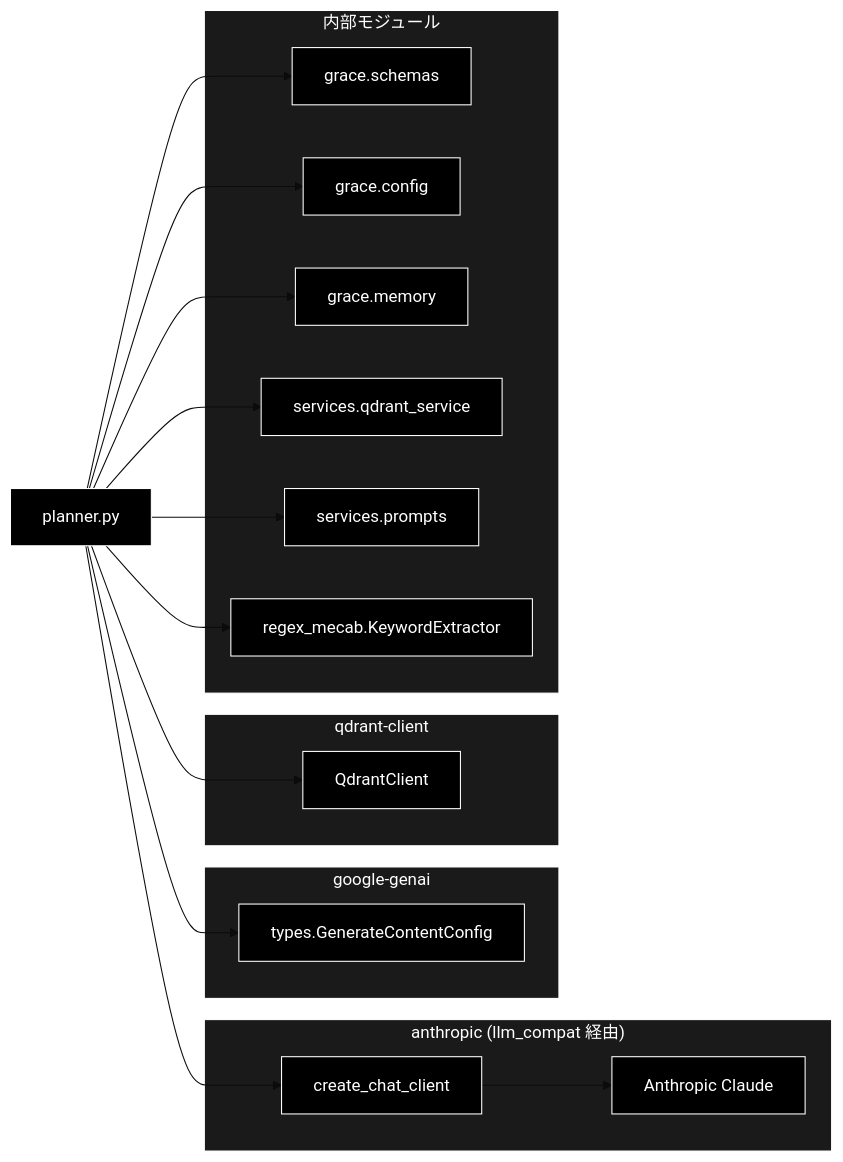
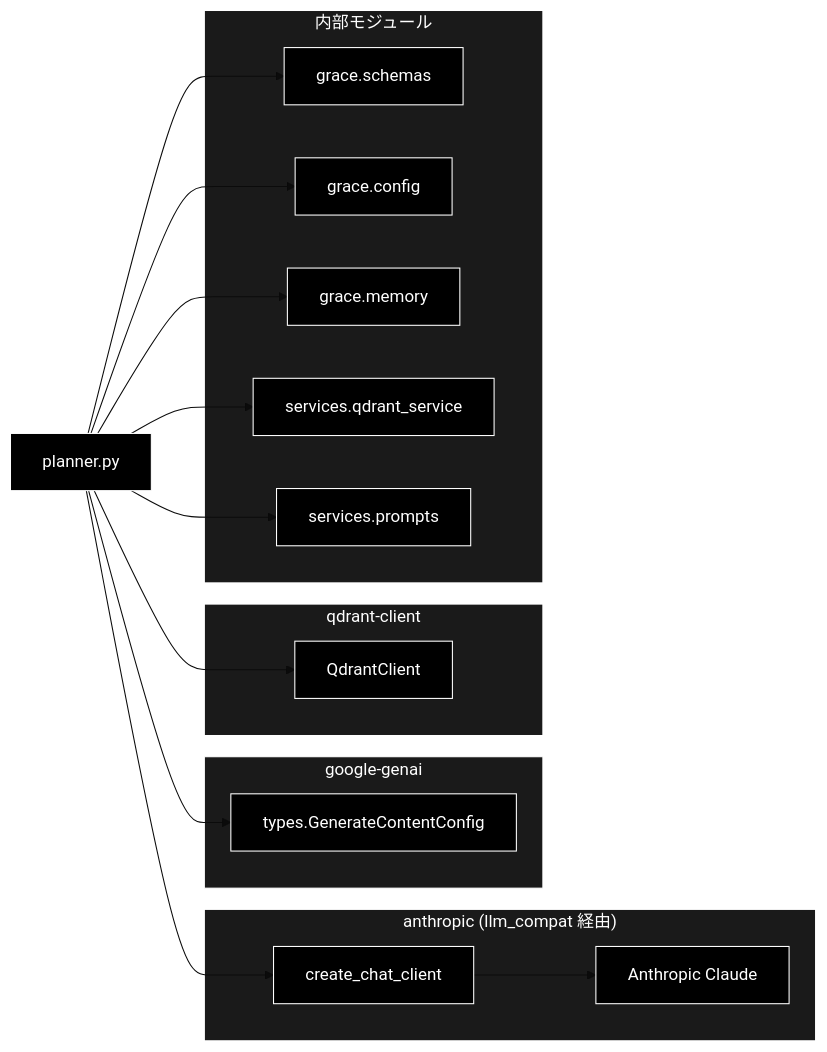
The third of 3 diagrams in grace/doc/planner.md (nakashima2toshio/anthropic_grace_agent_v2), drawn with Mermaid (base theme) before and after one commit. The commit also changed other lines of this file, not shown here.

First line of the commit message:
docs(grace): planner.md を v3.3 へ更新（PR-1/PR-2 リファクタ反映）

````diff
--- a/grace/doc/planner.md
+++ b/grace/doc/planner.md
@@ -897,44 +1097,42 @@
 ```mermaid
 flowchart LR
     PLANNER["planner.py"]
 
     subgraph ANTHROPIC["anthropic (llm_compat 経由)"]
         CLIENT["create_chat_client"]
         CLAUDE["Anthropic Claude"]
     end
 
     subgraph GENAI["google-genai"]
         TYPES["types.GenerateContentConfig"]
     end
 
     subgraph QDRANT["qdrant-client"]
         QC["QdrantClient"]
     end
 
     subgraph INTERNAL["内部モジュール"]
         SCHEMAS["grace.schemas"]
         CONFIG["grace.config"]
         MEMORY["grace.memory"]
         QSVC["services.qdrant_service"]
         PROMPTS["services.prompts"]
-        MECAB["regex_mecab.KeywordExtractor"]
     end
 
     PLANNER --> CLIENT
     CLIENT --> CLAUDE
     PLANNER --> TYPES
     PLANNER --> QC
     PLANNER --> SCHEMAS
     PLANNER --> CONFIG
     PLANNER --> MEMORY
     PLANNER --> QSVC
     PLANNER --> PROMPTS
-    PLANNER --> MECAB
 classDef default fill:#000,stroke:#fff,color:#fff
 classDef subgraphStyle fill:#1a1a1a,stroke:#fff,color:#fff
-class PLANNER,CLIENT,CLAUDE,TYPES,QC,SCHEMAS,CONFIG,MEMORY,QSVC,PROMPTS,MECAB default
+class PLANNER,CLIENT,CLAUDE,TYPES,QC,SCHEMAS,CONFIG,MEMORY,QSVC,PROMPTS default
 style ANTHROPIC fill:#1a1a1a,stroke:#fff,color:#fff
 style GENAI fill:#1a1a1a,stroke:#fff,color:#fff
 style QDRANT fill:#1a1a1a,stroke:#fff,color:#fff
 style INTERNAL fill:#1a1a1a,stroke:#fff,color:#fff
 ```
````
